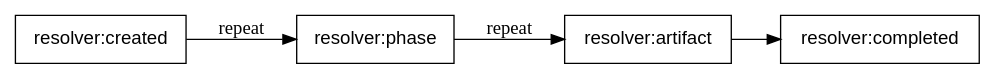
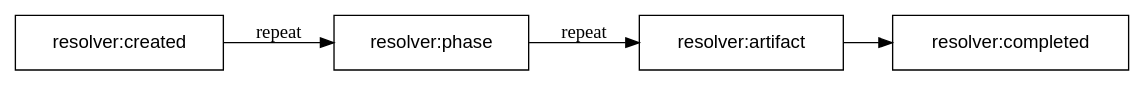
The diagram in diagrams/src/event-chain.dot (kenotron-ms/amplifier-resolve-masterclass), drawn with Graphviz before and after one commit. The commit also changed 21 other files, not shown here.

First line of the commit message:
diagrams: replace ASCII blocks with polished themed SVGs in chapters

```diff
--- a/diagrams/src/event-chain.dot
+++ b/diagrams/src/event-chain.dot
@@ -1,14 +1,14 @@
 // The required four-event chain of the resolver vocabulary.
 digraph event_chain {
   rankdir=LR;
-  node [shape=box, fontname="Helvetica"];
+  node [shape=box, fontsize=14, margin="0.3,0.18", fontname="Helvetica"];
 
-  created   [label="resolver:created"];
-  phase     [label="resolver:phase"];
-  artifact  [label="resolver:artifact"];
-  completed [label="resolver:completed"];
+  created   [class="start", label="resolver:created"];
+  phase     [class="active", label="resolver:phase"];
+  artifact  [class="resolver", label="resolver:artifact"];
+  completed [class="good", label="resolver:completed"];
 
   created -> phase    [label="repeat"];
   phase   -> artifact [label="repeat"];
   artifact-> completed;
 }
```
